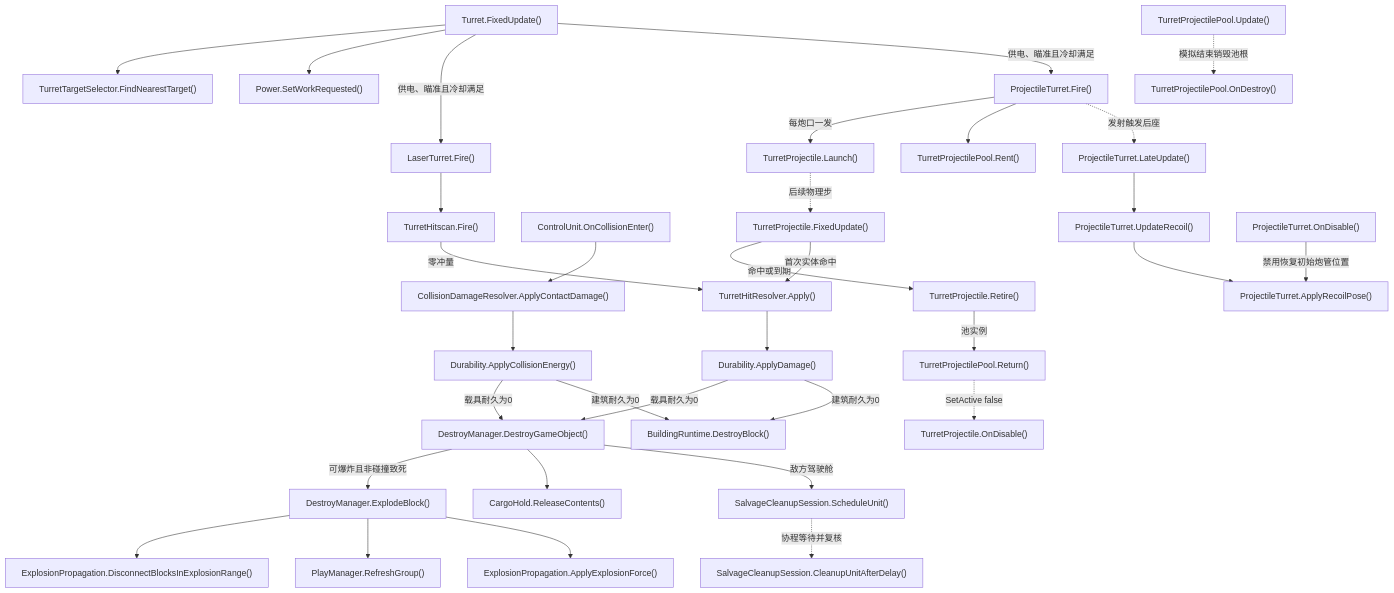
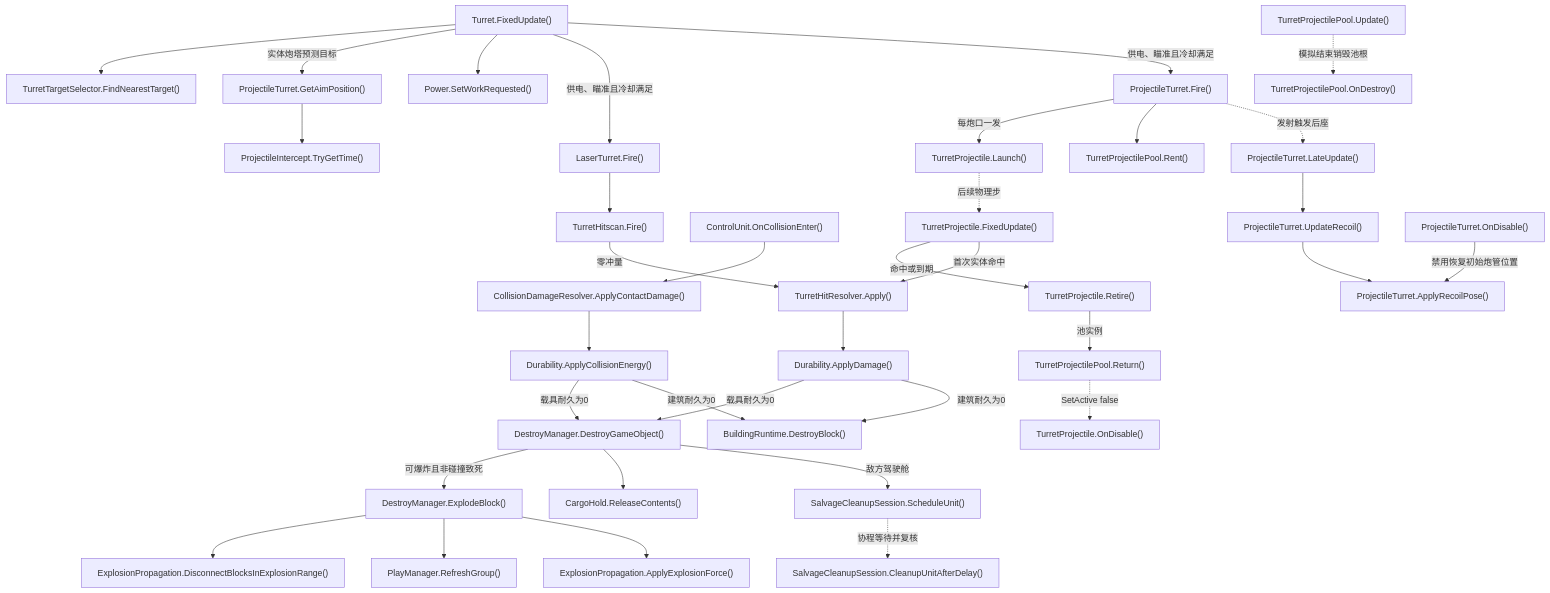
Before and after one commit to kukudia/HY-Sandbox: diagram 11 of 45 in Docs/RuntimeFlow.md, drawn with Mermaid. The commit also changed other lines of this file and 15 other files, not shown here.

```diff
--- a/Docs/RuntimeFlow.md
+++ b/Docs/RuntimeFlow.md
@@ -1122,7 +1122,7 @@
     A["Turret.FixedUpdate()"]
     click A "../Assets/Scripts/Features/Combat/Turrets/Turret.cs#L71" "打开源码"
     B["TurretTargetSelector.FindNearestTarget()"]
-    click B "../Assets/Scripts/Features/Combat/Turrets/TurretTargetSelector.cs#L17" "打开源码"
+    click B "../Assets/Scripts/Features/Combat/Turrets/TurretTargetSelector.cs#L16" "打开源码"
     C["TurretHitscan.Fire()"]
     click C "../Assets/Scripts/Features/Combat/Turrets/TurretHitscan.cs#L10" "打开源码"
     D["Durability.ApplyDamage()"]
@@ -1152,7 +1152,7 @@
     P["LaserTurret.Fire()"]
     click P "../Assets/Scripts/Features/Combat/Turrets/LaserTurret.cs#L33" "打开源码"
     Q["ProjectileTurret.Fire()"]
-    click Q "../Assets/Scripts/Features/Combat/Turrets/ProjectileTurret.cs#L131" "打开源码"
+    click Q "../Assets/Scripts/Features/Combat/Turrets/ProjectileTurret.cs#L164" "打开源码"
     R["TurretProjectile.Launch()"]
     click R "../Assets/Scripts/Features/Combat/Turrets/Projectiles/TurretProjectile.cs#L63" "打开源码"
     S["TurretProjectile.FixedUpdate()"]
@@ -1162,13 +1162,13 @@
     U["Power.SetWorkRequested()"]
     click U "../Assets/Scripts/Features/Power/Power.cs#L74" "打开源码"
     V["ProjectileTurret.LateUpdate()"]
-    click V "../Assets/Scripts/Features/Combat/Turrets/ProjectileTurret.cs#L75" "打开源码"
+    click V "../Assets/Scripts/Features/Combat/Turrets/ProjectileTurret.cs#L77" "打开源码"
     W["ProjectileTurret.UpdateRecoil()"]
-    click W "../Assets/Scripts/Features/Combat/Turrets/ProjectileTurret.cs#L84" "打开源码"
+    click W "../Assets/Scripts/Features/Combat/Turrets/ProjectileTurret.cs#L86" "打开源码"
     X["ProjectileTurret.ApplyRecoilPose()"]
-    click X "../Assets/Scripts/Features/Combat/Turrets/ProjectileTurret.cs#L102" "打开源码"
+    click X "../Assets/Scripts/Features/Combat/Turrets/ProjectileTurret.cs#L104" "打开源码"
     Y["ProjectileTurret.OnDisable()"]
-    click Y "../Assets/Scripts/Features/Combat/Turrets/ProjectileTurret.cs#L123" "打开源码"
+    click Y "../Assets/Scripts/Features/Combat/Turrets/ProjectileTurret.cs#L125" "打开源码"
     Z["TurretProjectilePool.Rent()"]
     click Z "../Assets/Scripts/Features/Combat/Turrets/Projectiles/TurretProjectilePool.cs#L11" "打开源码"
     AA["TurretProjectile.Retire()"]
@@ -1183,7 +1183,13 @@
     click AE "../Assets/Scripts/Features/Combat/Turrets/Projectiles/TurretProjectilePool.cs#L65" "打开源码"
     AF["BuildingRuntime.DestroyBlock()"]
     click AF "../Assets/Scripts/Features/World/Buildings/BuildingRuntime.cs#L244" "打开源码"
+    AG["ProjectileTurret.GetAimPosition()"]
+    click AG "../Assets/Scripts/Features/Combat/Turrets/ProjectileTurret.cs#L133" "打开源码"
+    AH["ProjectileIntercept.TryGetTime()"]
+    click AH "../Assets/Scripts/Features/Combat/Turrets/ProjectileIntercept.cs#L8" "打开源码"
     A --> B
+    A -->|实体炮塔预测目标| AG
+    AG --> AH
     A --> U
     A -->|供电、瞄准且冷却满足| P
     P --> C
```
